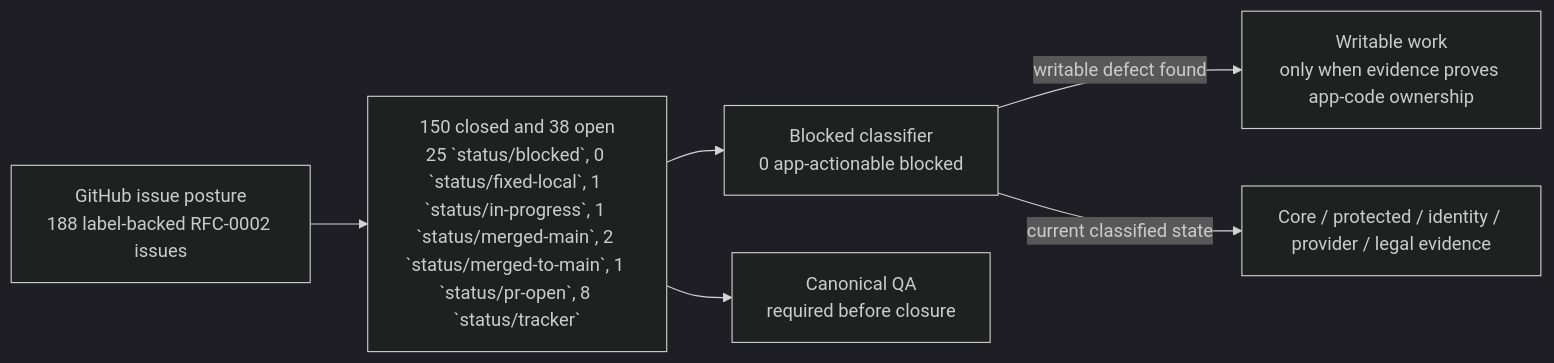
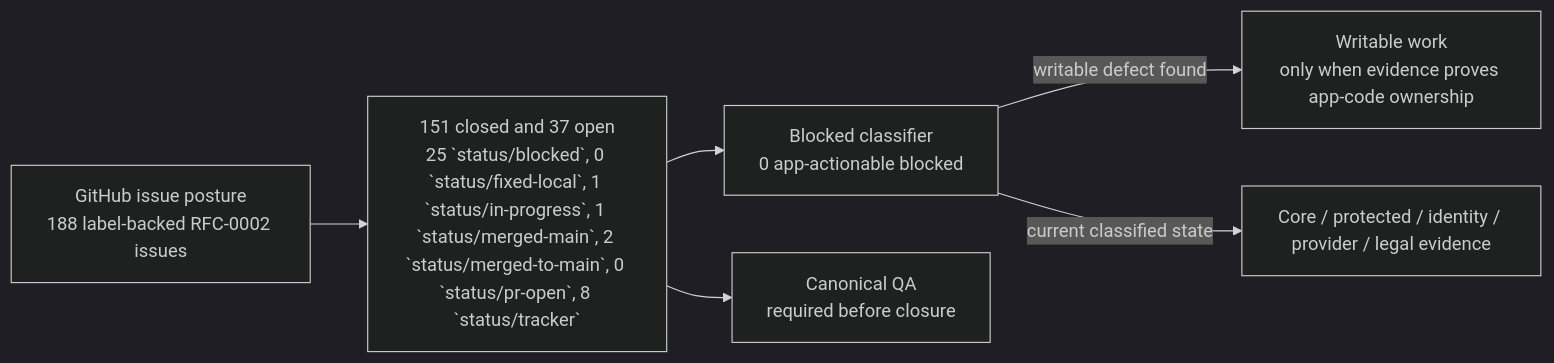
Before and after one commit to sgajbi/lotus-idea: the first of 2 diagrams in wiki/RFC-0002-Execution-Status.md, drawn with Mermaid (dark theme). The commit also changed other lines of this file and 10 other files, not shown here.

````diff
--- a/wiki/RFC-0002-Execution-Status.md
+++ b/wiki/RFC-0002-Execution-Status.md
@@ -39,15 +39,15 @@
 ```mermaid
 flowchart LR
     Issues["GitHub issue posture<br/>188 label-backed RFC-0002 issues"]
-    Open["150 closed and 38 open<br/>25 `status/blocked`, 0 `status/fixed-local`, 1 `status/in-progress`, 1 `status/merged-main`, 2 `status/merged-to-main`, 1 `status/pr-open`, 8 `status/tracker`"]
+    Open["151 closed and 37 open<br/>25 `status/blocked`, 0 `status/fixed-local`, 1 `status/in-progress`, 1 `status/merged-main`, 2 `status/merged-to-main`, 0 `status/pr-open`, 8 `status/tracker`"]
     Blocked["Blocked classifier<br/>0 app-actionable blocked"]
     Work["Writable work<br/>only when evidence proves app-code ownership"]
     External["Core / protected / identity / provider / legal evidence"]
     QA["Canonical QA<br/>required before closure"]
 
     Issues --> Open
     Open --> Blocked
     Blocked -->|"writable defect found"| Work
     Blocked -->|"current classified state"| External
     Open --> QA
 ```
````
